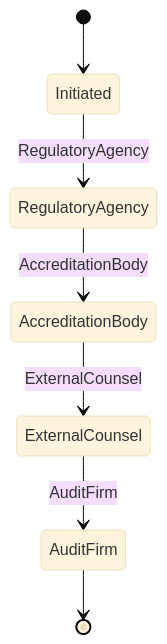
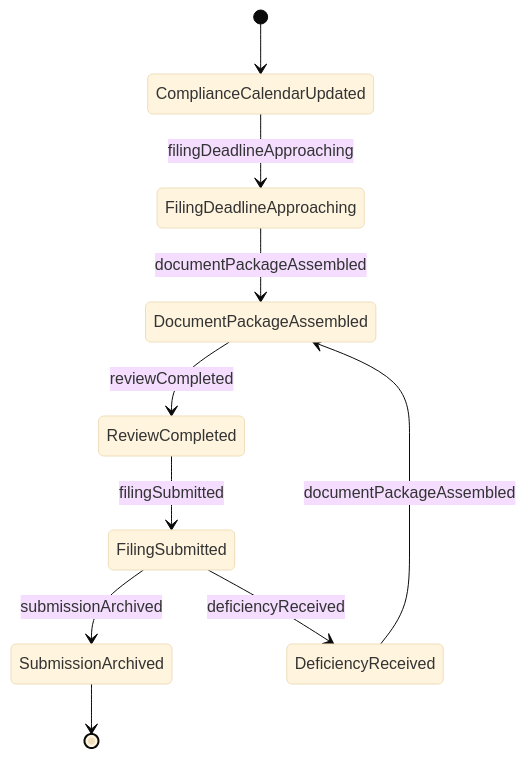
Before and after one commit to dot-org-ai/tasks.org.ai: the second of 4 diagrams in GuidingDirectingAndMotivatingSubordinates/CoordinateRegulatoryComplianceActivities/CoordinateRegulatoryDocumentationActivities.mdx, drawn with Mermaid (base theme). The commit also changed other lines of this file and 515 other files, not shown here.

````diff
--- a/GuidingDirectingAndMotivatingSubordinates/CoordinateRegulatoryComplianceActivities/CoordinateRegulatoryDocumentationActivities.mdx
+++ b/GuidingDirectingAndMotivatingSubordinates/CoordinateRegulatoryComplianceActivities/CoordinateRegulatoryDocumentationActivities.mdx
@@ -99,9 +102,12 @@
 ```mermaid
 stateDiagram-v2
-    [*] --> Initiated
-    Initiated --> RegulatoryAgency: RegulatoryAgency
-    RegulatoryAgency --> AccreditationBody: AccreditationBody
-    AccreditationBody --> ExternalCounsel: ExternalCounsel
-    ExternalCounsel --> AuditFirm: AuditFirm
-    AuditFirm --> [*]
+    [*] --> ComplianceCalendarUpdated
+    ComplianceCalendarUpdated --> FilingDeadlineApproaching : filingDeadlineApproaching
+    FilingDeadlineApproaching --> DocumentPackageAssembled : documentPackageAssembled
+    DocumentPackageAssembled --> ReviewCompleted : reviewCompleted
+    ReviewCompleted --> FilingSubmitted : filingSubmitted
+    FilingSubmitted --> SubmissionArchived : submissionArchived
+    FilingSubmitted --> DeficiencyReceived : deficiencyReceived
+    DeficiencyReceived --> DocumentPackageAssembled : documentPackageAssembled
+    SubmissionArchived --> [*]
 ```
````
